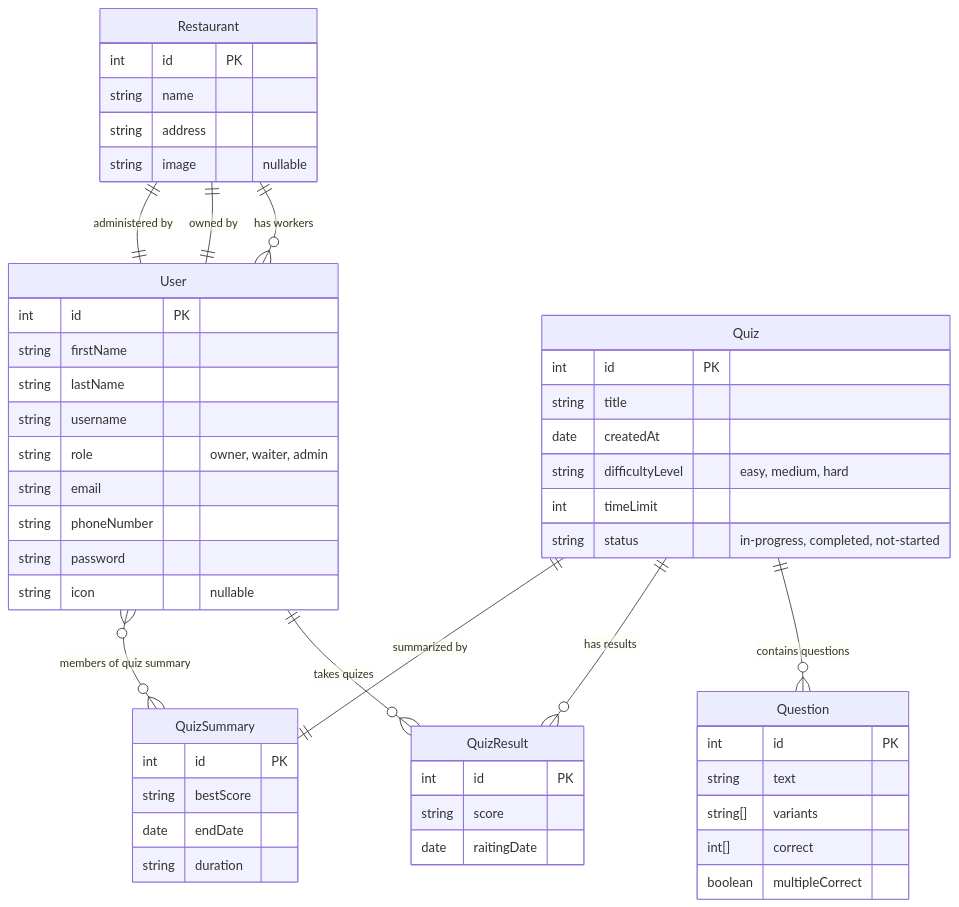
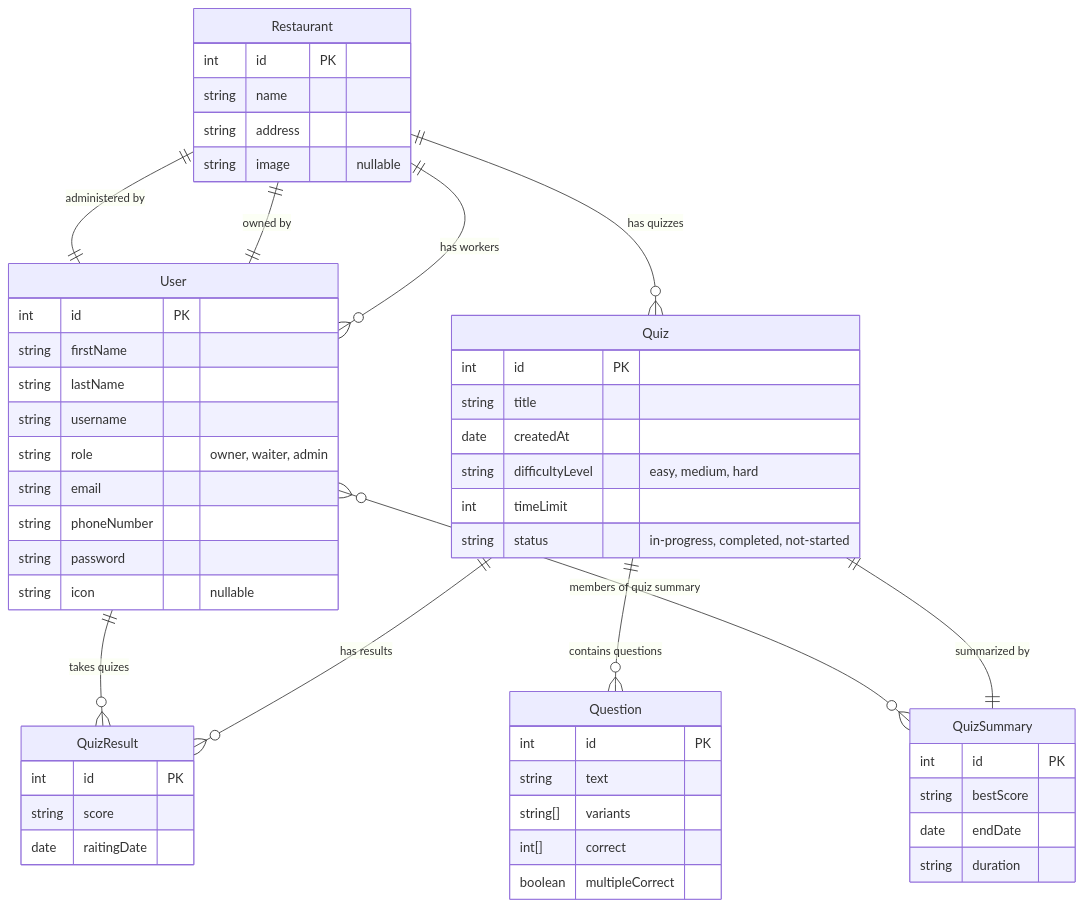
One commit to Iteam-company/restaurant-be changed the diagram in README.md. Above: the diagram before and after it, drawn with Mermaid. The commit also changed 1 other file, not shown here.

Commit message:
changed diagrams

````diff
--- a/README.md
+++ b/README.md
@@ -150,63 +150,64 @@
 ```mermaid
 erDiagram
     User {
         int id PK
         string firstName
         string lastName
         string username
         string role "owner, waiter, admin"
         string email
         string phoneNumber
         string password
         string icon "nullable"
     }
 
     Restaurant {
         int id PK
         string name
         string address
         string image "nullable"
     }
 
     Quiz {
         int id PK
         string title
         date createdAt
         string difficultyLevel "easy, medium, hard"
         int timeLimit
         string status "in-progress, completed, not-started"
     }
 
     Question {
         int id PK
         string text
         string[] variants
         int[] correct
         boolean multipleCorrect
     }
 
     QuizResult {
         int id PK
         string score
         date raitingDate
     }
 
     QuizSummary {
         int id PK
         string bestScore
         date endDate
         string duration
     }
 
     %% Relationships
     Restaurant ||--o{ User : "has workers"
     Restaurant ||--|| User : "owned by"
     Restaurant ||--|| User : "administered by"
+    Restaurant ||--o{ Quiz : "has quizzes"
 
     Quiz ||--o{ Question : "contains questions"
     Quiz ||--o{ QuizResult : "has results"
     Quiz ||--|| QuizSummary : "summarized by"
 
     User ||--o{ QuizResult : "takes quizes"
     User }o--o{ QuizSummary : "members of quiz summary"
 ```
````
